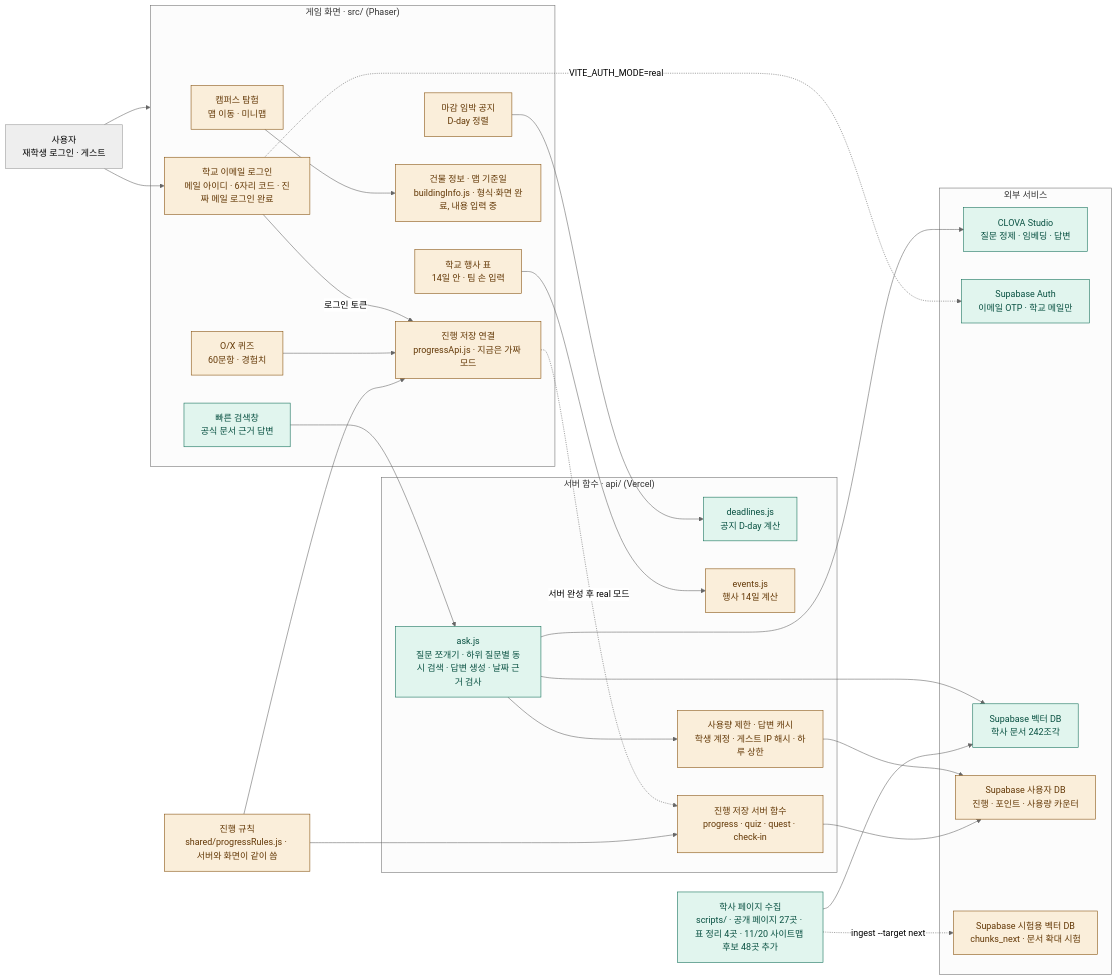
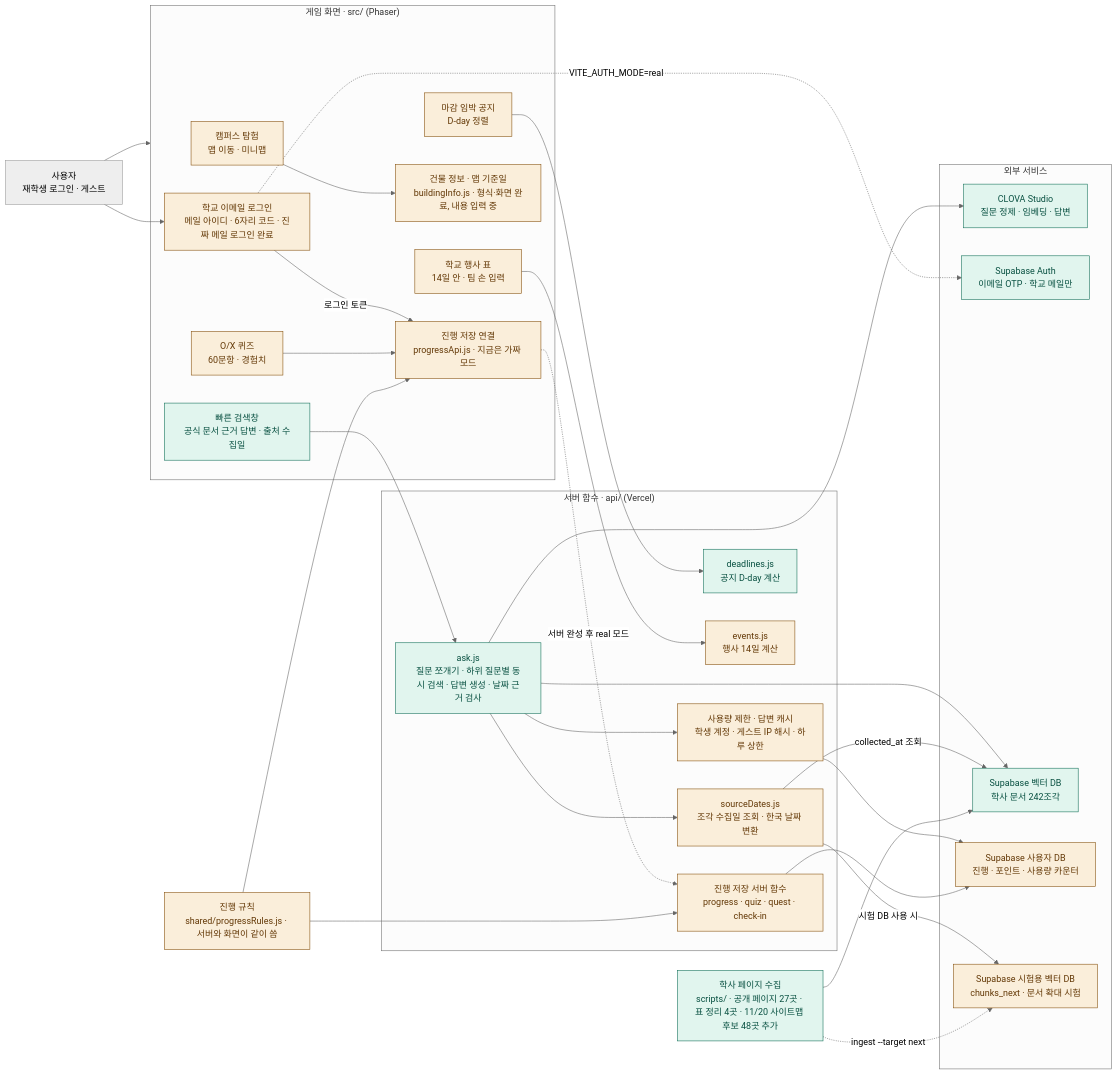
One commit to 202502859-source/hufs-quest changed the diagram in docs/ARCHITECTURE.md. Above: the diagram before and after it, drawn with Mermaid (neutral theme). The commit also changed other lines of this file and 7 other files, not shown here.

Commit message:
feat: 검색창 출처에 수집일 표시

````diff
--- a/docs/ARCHITECTURE.md
+++ b/docs/ARCHITECTURE.md
@@ -8,62 +8,66 @@
 ```mermaid
 flowchart LR
     user["사용자<br/>재학생 로그인 · 게스트"]
 
     subgraph game["게임 화면 · src/ (Phaser)"]
         explore["캠퍼스 탐험<br/>맵 이동 · 미니맵"]
-        search["빠른 검색창<br/>공식 문서 근거 답변"]
+        search["빠른 검색창<br/>공식 문서 근거 답변 · 출처 수집일"]
         quiz["O/X 퀴즈<br/>60문항 · 경험치"]
         notice["마감 임박 공지<br/>D-day 정렬"]
         events["학교 행사 표<br/>14일 안 · 팀 손 입력"]
         mapInfo["건물 정보 · 맵 기준일<br/>buildingInfo.js · 형식·화면 완료, 내용 입력 중"]
         progress["진행 저장 연결<br/>progressApi.js · 지금은 가짜 모드"]
         login["학교 이메일 로그인<br/>메일 아이디 · 6자리 코드 · 진짜 메일 로그인 완료"]
     end
 
     rules["진행 규칙<br/>shared/progressRules.js · 서버와 화면이 같이 씀"]
 
     subgraph server["서버 함수 · api/ (Vercel)"]
         ask["ask.js<br/>질문 쪼개기 · 하위 질문별 동시 검색 · 답변 생성 · 날짜 근거 검사"]
+        sourceDates["sourceDates.js<br/>조각 수집일 조회 · 한국 날짜 변환"]
         deadlines["deadlines.js<br/>공지 D-day 계산"]
         eventsApi["events.js<br/>행사 14일 계산"]
         newApi["진행 저장 서버 함수<br/>progress · quiz · quest · check-in"]
         limiter["사용량 제한 · 답변 캐시<br/>학생 계정 · 게스트 IP 해시 · 하루 상한"]
     end
 
     subgraph external["외부 서비스"]
         clova["CLOVA Studio<br/>질문 정제 · 임베딩 · 답변"]
         supaAuth["Supabase Auth<br/>이메일 OTP · 학교 메일만"]
         vector["Supabase 벡터 DB<br/>학사 문서 242조각"]
         userDb["Supabase 사용자 DB<br/>진행 · 포인트 · 사용량 카운터"]
         vectorNext["Supabase 시험용 벡터 DB<br/>chunks_next · 문서 확대 시험"]
     end
 
     collect["학사 페이지 수집<br/>scripts/ · 공개 페이지 27곳 · 표 정리 4곳 · 11/20 사이트맵 후보 48곳 추가"]
 
     user --> game
     user --> login
     login -.->|"VITE_AUTH_MODE=real"| supaAuth
     login -->|"로그인 토큰"| progress
     search --> ask
     notice --> deadlines
     events --> eventsApi
     quiz --> progress
     progress -.->|"서버 완성 후 real 모드"| newApi
     rules --> progress
     rules --> newApi
     explore --> mapInfo
     ask --> limiter
     limiter --> userDb
     ask --> clova
     ask --> vector
+    ask --> sourceDates
+    sourceDates -->|"collected_at 조회"| vector
+    sourceDates -->|"시험 DB 사용 시"| vectorNext
     newApi --> userDb
     collect --> vector
     collect -.->|"ingest --target next"| vectorNext
 
     classDef done fill:#E1F5EE,stroke:#0F6E56,color:#085041
     classDef partial fill:#FAEEDA,stroke:#854F0B,color:#633806
     classDef todo fill:#FAECE7,stroke:#993C1D,color:#712B13,stroke-dasharray:5 3
 
     class search,ask,deadlines,clova,vector,collect,supaAuth done
-    class explore,quiz,notice,progress,rules,userDb,login,limiter,mapInfo,newApi,vectorNext,events,eventsApi partial
+    class explore,quiz,notice,progress,rules,userDb,login,limiter,mapInfo,newApi,vectorNext,events,eventsApi,sourceDates partial
 ```
````
